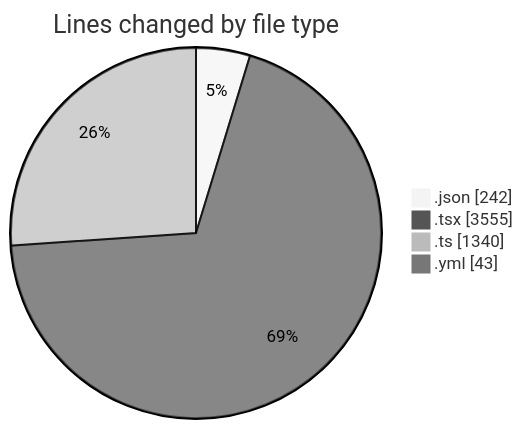
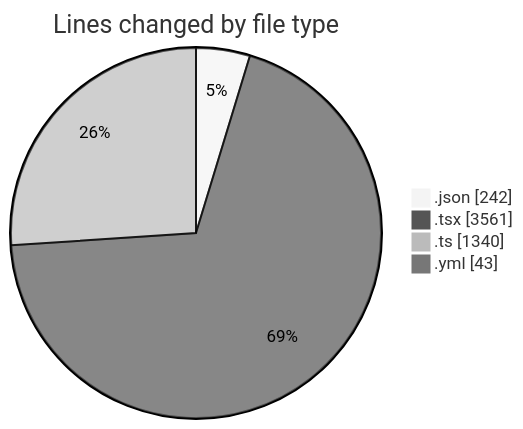
The first of 2 diagrams in 2025-11-17/eventscop-frontend-guide__workspace_/README.md (julien-gomy/code-tracking), drawn with Mermaid (neutral theme) before and after one commit. The commit also changed other lines of this file and 1 other file, not shown here.

````diff
--- a/2025-11-17/eventscop-frontend-guide__workspace_/README.md
+++ b/2025-11-17/eventscop-frontend-guide__workspace_/README.md
@@ -47,8 +47,8 @@
 ```mermaid
 pie showData
 title Lines changed by file type
 ".json" : 242
-".tsx" : 3555
+".tsx" : 3561
 ".ts" : 1340
 ".yml" : 43
 ```
````
